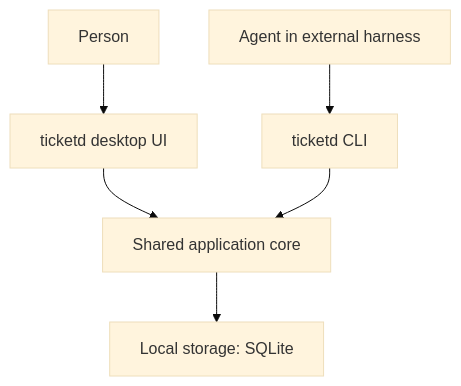
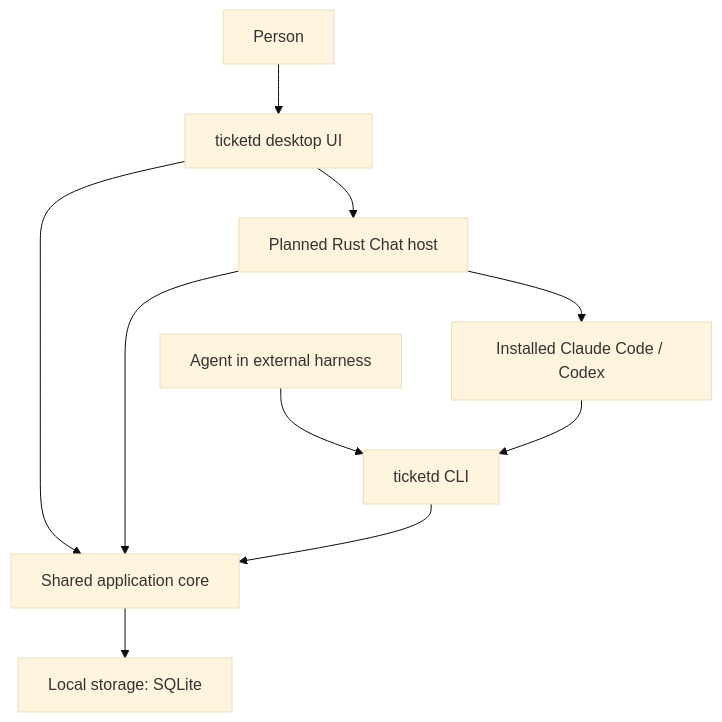
Before and after one commit to vantoan19/ticketd: the diagram in docs/mvp-spec.md, drawn with Mermaid (base theme). The commit also changed other lines of this file and 2 other files, not shown here.

Commit message:
docs: specify native Chat behavior and runtime contracts

````diff
--- a/docs/mvp-spec.md
+++ b/docs/mvp-spec.md
@@ -333,8 +339,12 @@
 ```mermaid
 flowchart TD
     Person["Person"] --> UI["ticketd desktop UI"]
     Agent["Agent in external harness"] --> CLI["ticketd CLI"]
     UI --> Core["Shared application core"]
+    UI --> Host["Planned Rust Chat host"]
+    Host --> Core
+    Host --> Harness["Installed Claude Code / Codex"]
+    Harness --> CLI
     CLI --> Core
     Core --> Storage["Local storage: SQLite"]
 ```
````
